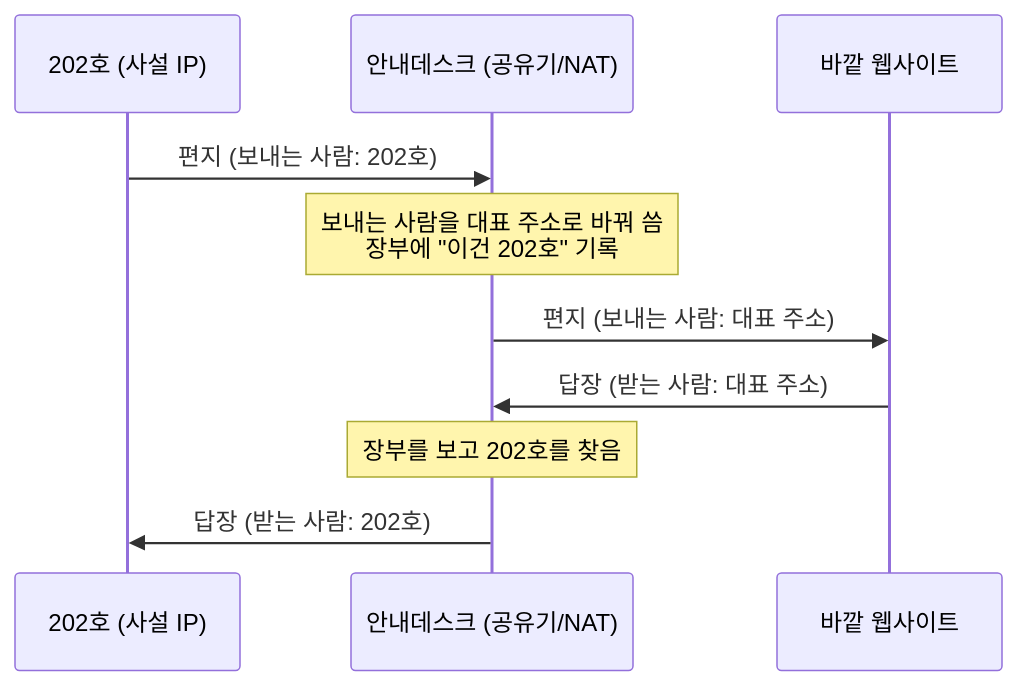
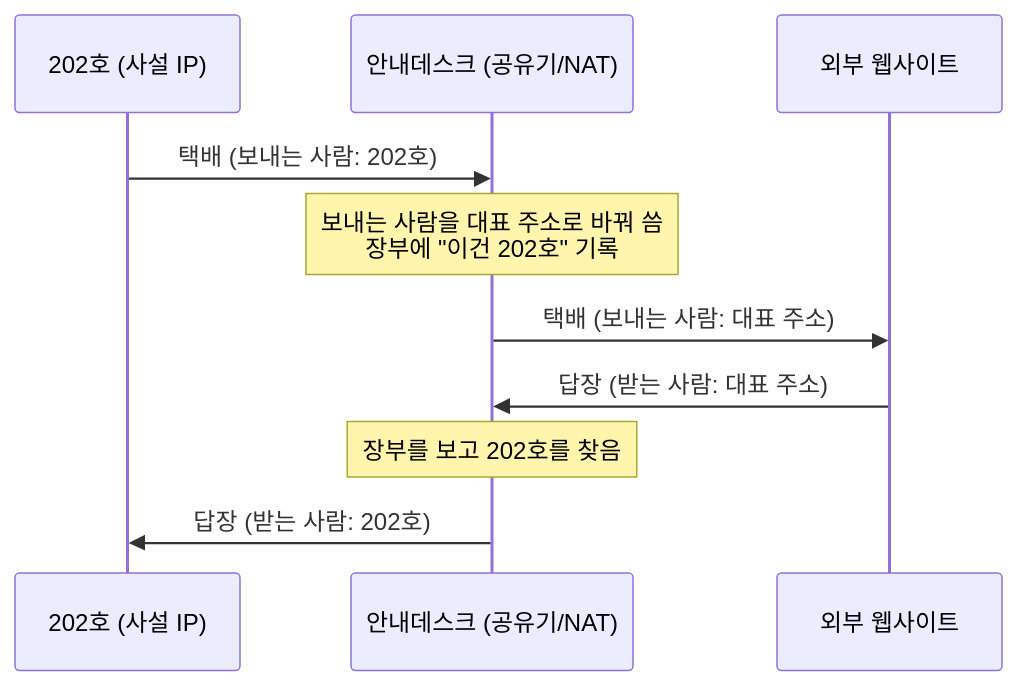
Before and after one commit to RJ-Stony/injoy: the first of 2 diagrams in src/content/posts/port-forwarding.md, drawn with Mermaid. The commit also changed other lines of this file and 1 other file, not shown here.

````diff
--- a/src/content/posts/port-forwarding.md
+++ b/src/content/posts/port-forwarding.md
@@ -51,13 +54,13 @@
 ```mermaid
 sequenceDiagram
     participant R as 202호 (사설 IP)
     participant G as 안내데스크 (공유기/NAT)
-    participant S as 바깥 웹사이트
+    participant S as 외부 웹사이트
 
-    R->>G: 편지 (보내는 사람: 202호)
+    R->>G: 택배 (보내는 사람: 202호)
     Note over G: 보내는 사람을 대표 주소로 바꿔 씀<br/>장부에 "이건 202호" 기록
-    G->>S: 편지 (보내는 사람: 대표 주소)
+    G->>S: 택배 (보내는 사람: 대표 주소)
     S->>G: 답장 (받는 사람: 대표 주소)
     Note over G: 장부를 보고 202호를 찾음
     G->>R: 답장 (받는 사람: 202호)
 ```
````
